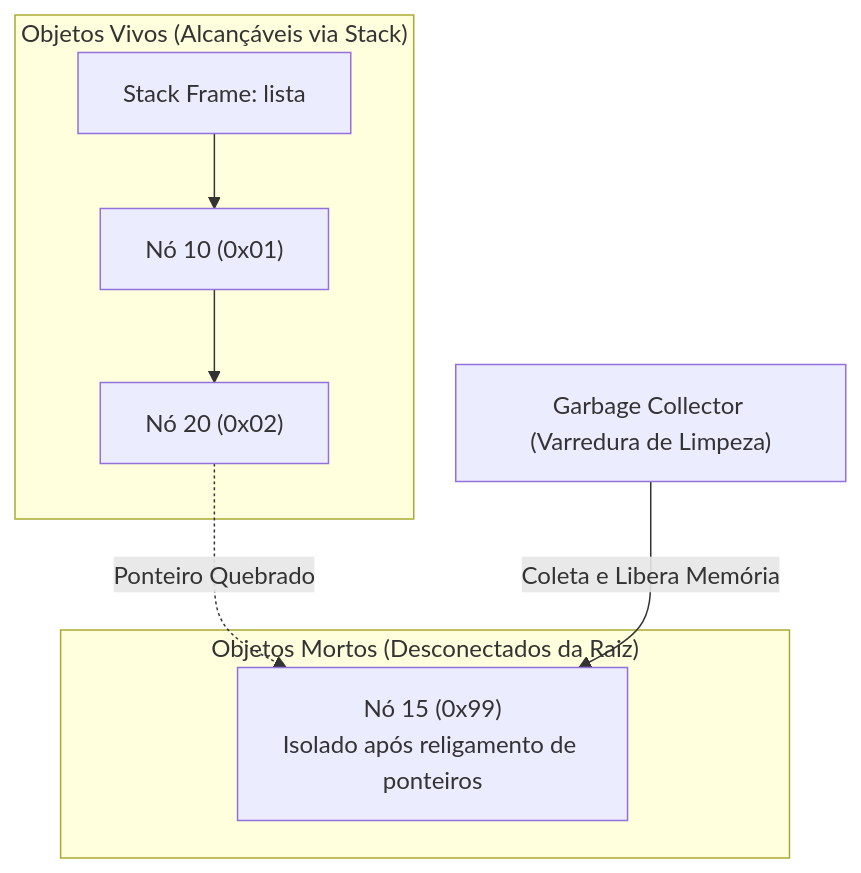
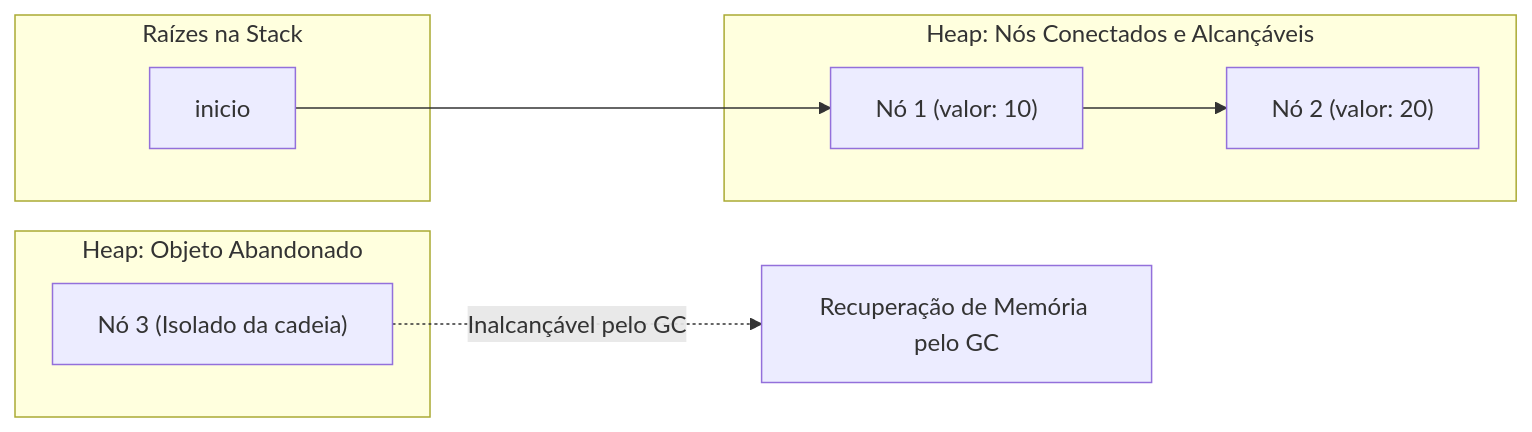
Diagram 12 of 27 in 4º Semestre/[Prof. Wesley Soares] Estrutura de Dados I/Resumos-IA/Caderno-Consolidado.md (murilolol/unifef), drawn with Mermaid before and after one commit. The commit also changed other lines of this file and 40 other files, not shown here.

````diff
--- a/4º Semestre/[Prof. Wesley Soares] Estrutura de Dados I/Resumos-IA/Caderno-Consolidado.md
+++ b/4º Semestre/[Prof. Wesley Soares] Estrutura de Dados I/Resumos-IA/Caderno-Consolidado.md
@@ -499,14 +551,19 @@
 ```mermaid
-flowchart TD
-    subgraph Ativos["Objetos Vivos (Alcançáveis via Stack)"]
-        RootStack["Stack Frame: lista"] --> No1["Nó 10 (0x01)"]
-        No1 --> No2["Nó 20 (0x02)"]
+flowchart LR
+    subgraph StackRoots["Raízes na Stack"]
+        RefInicio["inicio"]
     end
-
-    subgraph Inalcancaveis["Objetos Mortos (Desconectados da Raiz)"]
-        NoExcluido["Nó 15 (0x99)<br>Isolado após religamento de ponteiros"]
+    
+    subgraph HeapAlcancavel["Heap: Nós Conectados e Alcançáveis"]
+        NodeA["Nó 1 (valor: 10)"]
+        NodeB["Nó 2 (valor: 20)"]
     end
-
-    No2 -.->|Ponteiro Quebrado| NoExcluido
-    GC["Garbage Collector (Varredura de Limpeza)"] -->|Coleta e Libera Memória| NoExcluido
+    
+    subgraph HeapInalcancavel["Heap: Objeto Abandonado"]
+        NodeLixo["Nó 3 (Isolado da cadeia)"]
+    end
+    
+    RefInicio --> NodeA
+    NodeA --> NodeB
+    NodeLixo -.->|"Inalcançável pelo GC"| Coleta["Recuperação de Memória pelo GC"]
 ```
````
